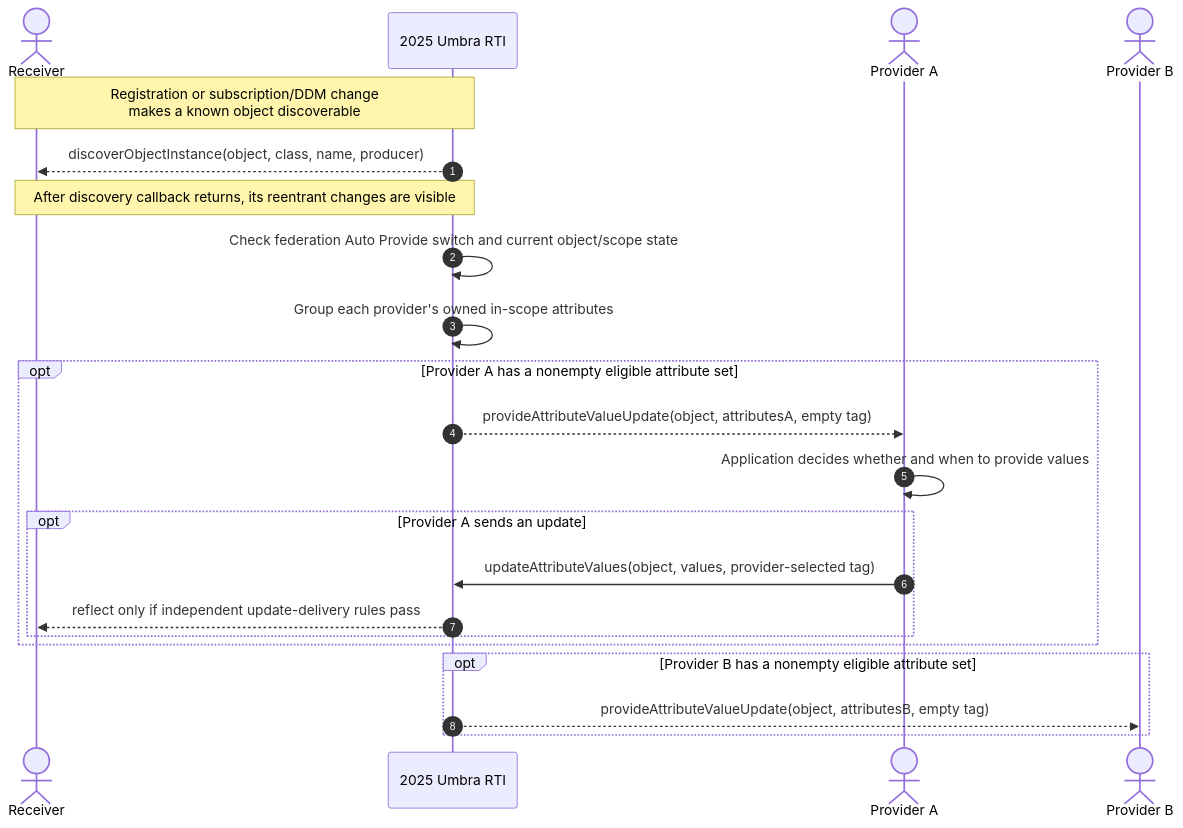
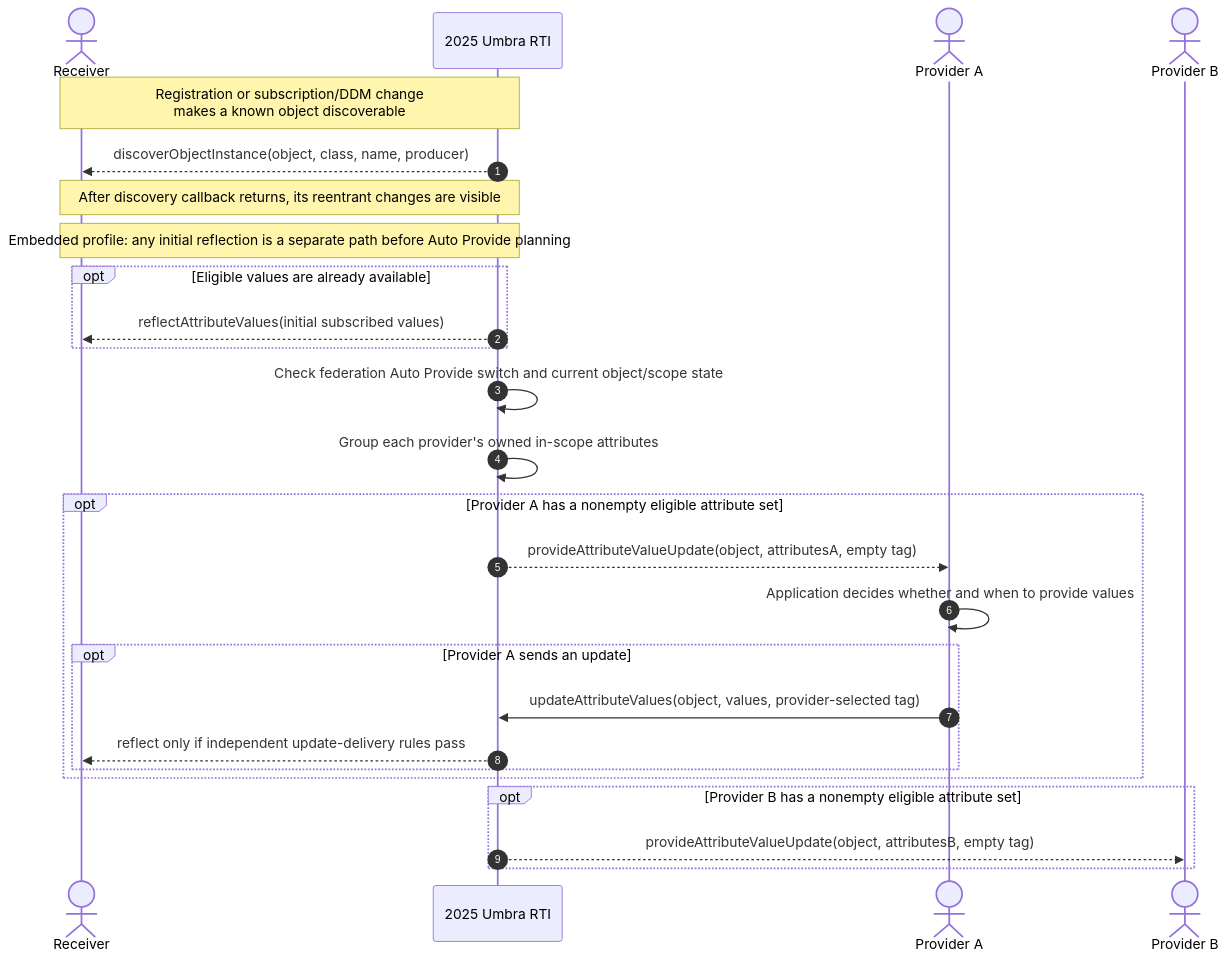
The second of 3 diagrams in docs/design/HLA-2025-AUTO-PROVIDE-FLOW-GUIDE.md (sheepfling/umbra), drawn with Mermaid before and after one commit. The commit also changed other lines of this file and 822 other files, not shown here.

```diff
--- a/docs/design/HLA-2025-AUTO-PROVIDE-FLOW-GUIDE.md
+++ b/docs/design/HLA-2025-AUTO-PROVIDE-FLOW-GUIDE.md
@@ -80,25 +130,29 @@
 ~~~mermaid
 sequenceDiagram
   autonumber
   actor R as Receiver
   participant RTI as 2025 Umbra RTI
   actor P1 as Provider A
   actor P2 as Provider B
 
   Note over R,RTI: Registration or subscription/DDM change<br/>makes a known object discoverable
   RTI-->>R: discoverObjectInstance(object, class, name, producer)
   Note over R,RTI: After discovery callback returns, its reentrant changes are visible
+  Note over R,RTI: Embedded profile: any initial reflection is a separate path before Auto Provide planning
+  opt Eligible values are already available
+    RTI-->>R: reflectAttributeValues(initial subscribed values)
+  end
   RTI->>RTI: Check federation Auto Provide switch and current object/scope state
   RTI->>RTI: Group each provider's owned in-scope attributes
   opt Provider A has a nonempty eligible attribute set
     RTI-->>P1: provideAttributeValueUpdate(object, attributesA, empty tag)
     P1->>P1: Application decides whether and when to provide values
     opt Provider A sends an update
       P1->>RTI: updateAttributeValues(object, values, provider-selected tag)
       RTI-->>R: reflect only if independent update-delivery rules pass
     end
   end
   opt Provider B has a nonempty eligible attribute set
     RTI-->>P2: provideAttributeValueUpdate(object, attributesB, empty tag)
   end
 ~~~
```
